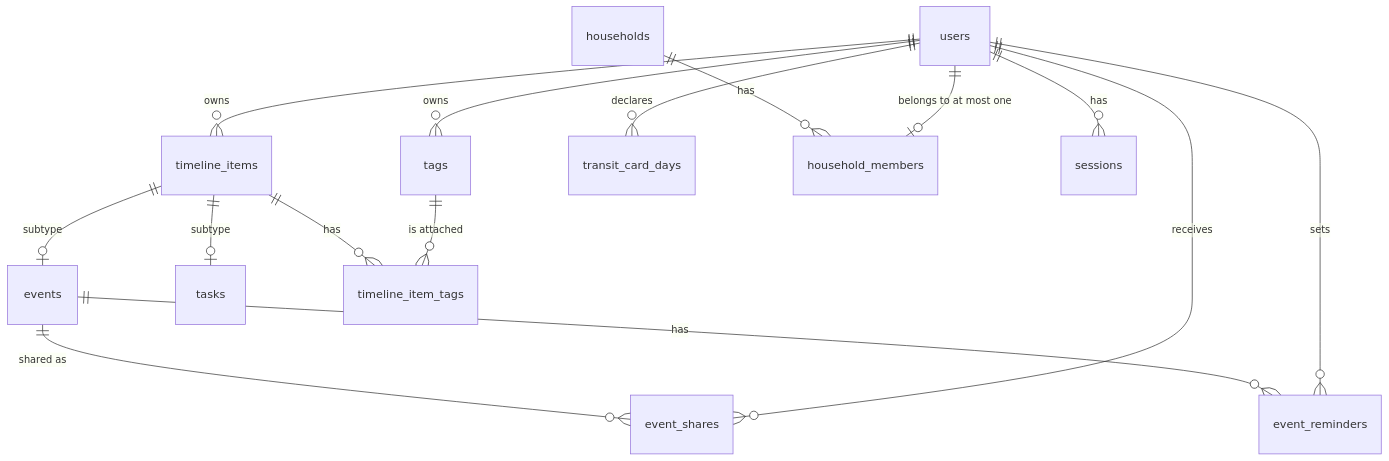
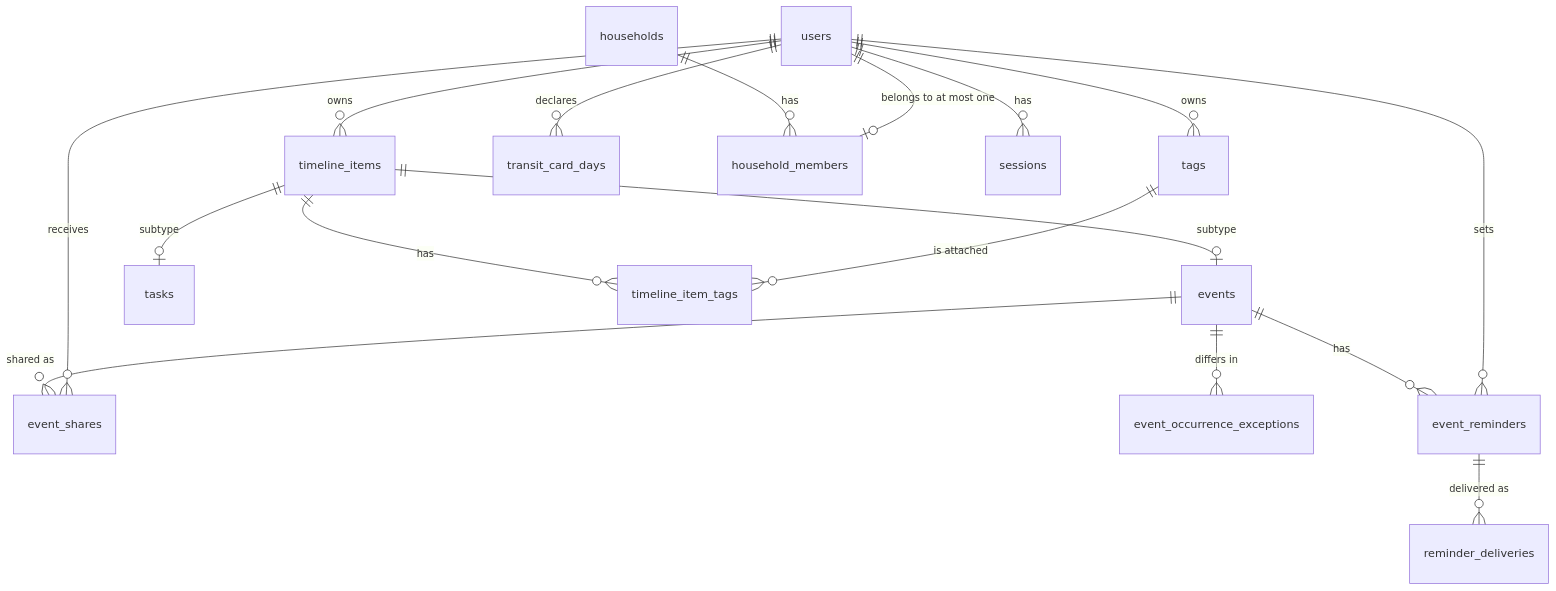
Before and after one commit to jonathan-skantz/jonska-calendar: the diagram in docs/data-model.md, drawn with Mermaid. The commit also changed other lines of this file and 5 other files, not shown here.

````diff
--- a/docs/data-model.md
+++ b/docs/data-model.md
@@ -3,17 +3,19 @@
 ```mermaid
 erDiagram
     users ||--o{ timeline_items : owns
     timeline_items ||--o| events : "subtype"
     timeline_items ||--o| tasks : "subtype"
     users ||--o{ tags : owns
     timeline_items ||--o{ timeline_item_tags : "has"
     tags ||--o{ timeline_item_tags : "is attached"
     events ||--o{ event_shares : "shared as"
     users ||--o{ event_shares : "receives"
+    events ||--o{ event_occurrence_exceptions : "differs in"
     events ||--o{ event_reminders : "has"
+    event_reminders ||--o{ reminder_deliveries : "delivered as"
     users ||--o{ event_reminders : "sets"
     users ||--o{ transit_card_days : "declares"
     households ||--o{ household_members : "has"
     users ||--o| household_members : "belongs to at most one"
     users ||--o{ sessions : "has"
 ```
````
